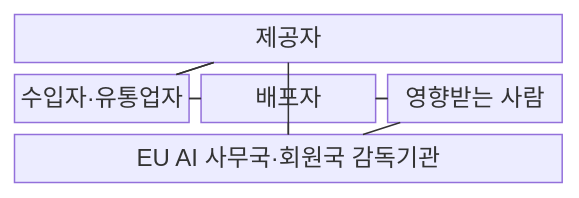
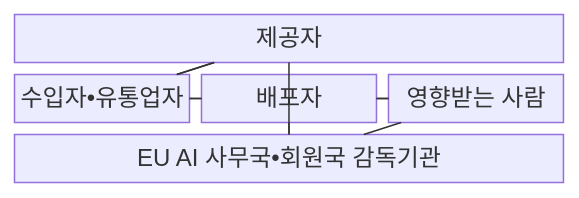
Before and after one commit to agnusdei1207/knowledge-base: the first of 2 diagrams in src/content/docs/notes/07-law-policy/033_eu_ai_act.md, drawn with Mermaid. The commit also changed other lines of this file and 953 other files, not shown here.

````diff
--- a/src/content/docs/notes/07-law-policy/033_eu_ai_act.md
+++ b/src/content/docs/notes/07-law-policy/033_eu_ai_act.md
@@ -70,16 +70,16 @@
 ```mermaid
 block-beta
     columns 3
     P["제공자"]:3
-    I["수입자·유통업자"] D["배포자"] S["영향받는 사람"]
-    A["EU AI 사무국·회원국 감독기관"]:3
+    I["수입자•유통업자"] D["배포자"] S["영향받는 사람"]
+    A["EU AI 사무국•회원국 감독기관"]:3
     P --- I
     I --- D
     D --- S
     P --- A
     D --- A
     P --- I
     I --- D
     D --- S
     S --- A
 ```
````
